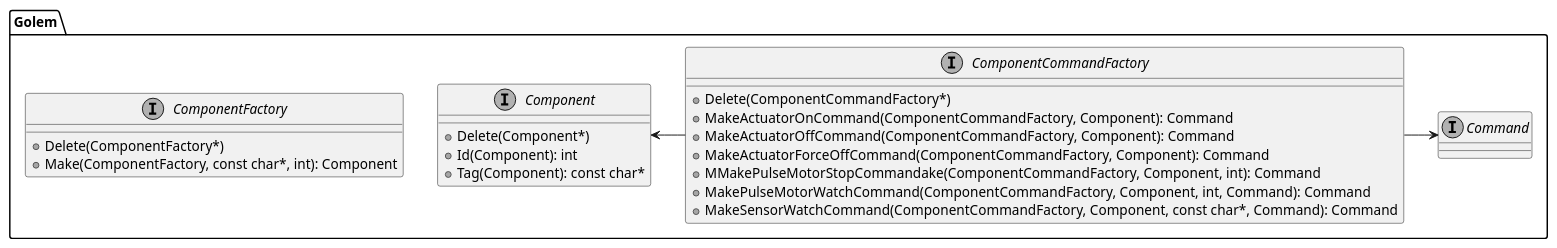
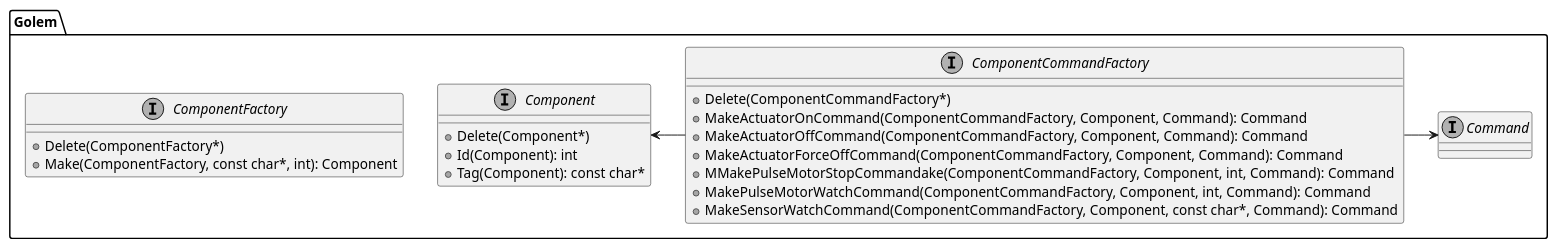
One commit to kokabe2/golem changed the diagram in doc/component_class_diagram.pu. Above: the diagram before and after it, drawn with PlantUML. The commit also changed 1 other file, not shown here.

Commit message:
Update class diagram

```diff
--- a/doc/component_class_diagram.pu
+++ b/doc/component_class_diagram.pu
@@ -1,34 +1,34 @@
 @startuml component_class_diagram
 skinparam {
     defaultFontName Ricty Diminished
     monochrome true
 }
 
 package Golem {
         interface Component {
             + Delete(Component*)
             + Id(Component): int
             + Tag(Component): const char*
         }
 
         interface ComponentFactory {
             + Delete(ComponentFactory*)
             + Make(ComponentFactory, const char*, int): Component
         }
 
         interface ComponentCommandFactory {
             + Delete(ComponentCommandFactory*)
-            + MakeActuatorOnCommand(ComponentCommandFactory, Component): Command
-            + MakeActuatorOffCommand(ComponentCommandFactory, Component): Command
-            + MakeActuatorForceOffCommand(ComponentCommandFactory, Component): Command
-            + MMakePulseMotorStopCommandake(ComponentCommandFactory, Component, int): Command
+            + MakeActuatorOnCommand(ComponentCommandFactory, Component, Command): Command
+            + MakeActuatorOffCommand(ComponentCommandFactory, Component, Command): Command
+            + MakeActuatorForceOffCommand(ComponentCommandFactory, Component, Command): Command
+            + MMakePulseMotorStopCommandake(ComponentCommandFactory, Component, int, Command): Command
             + MakePulseMotorWatchCommand(ComponentCommandFactory, Component, int, Command): Command
             + MakeSensorWatchCommand(ComponentCommandFactory, Component, const char*, Command): Command
         }
 
         interface Command
 
         ComponentCommandFactory -> Command
         ComponentCommandFactory -l-> Component
 }
 @enduml
```
